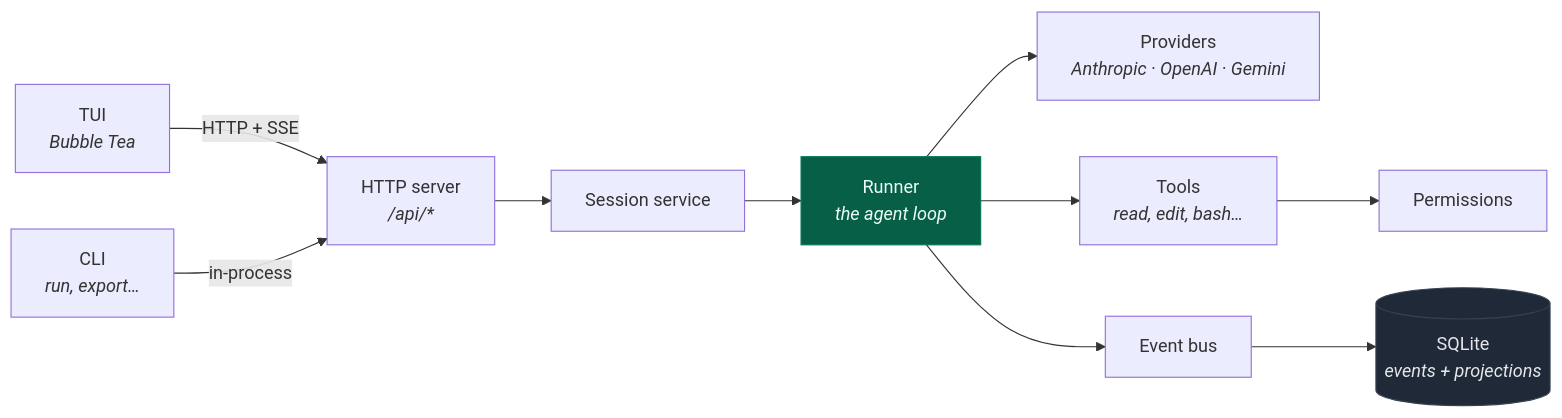
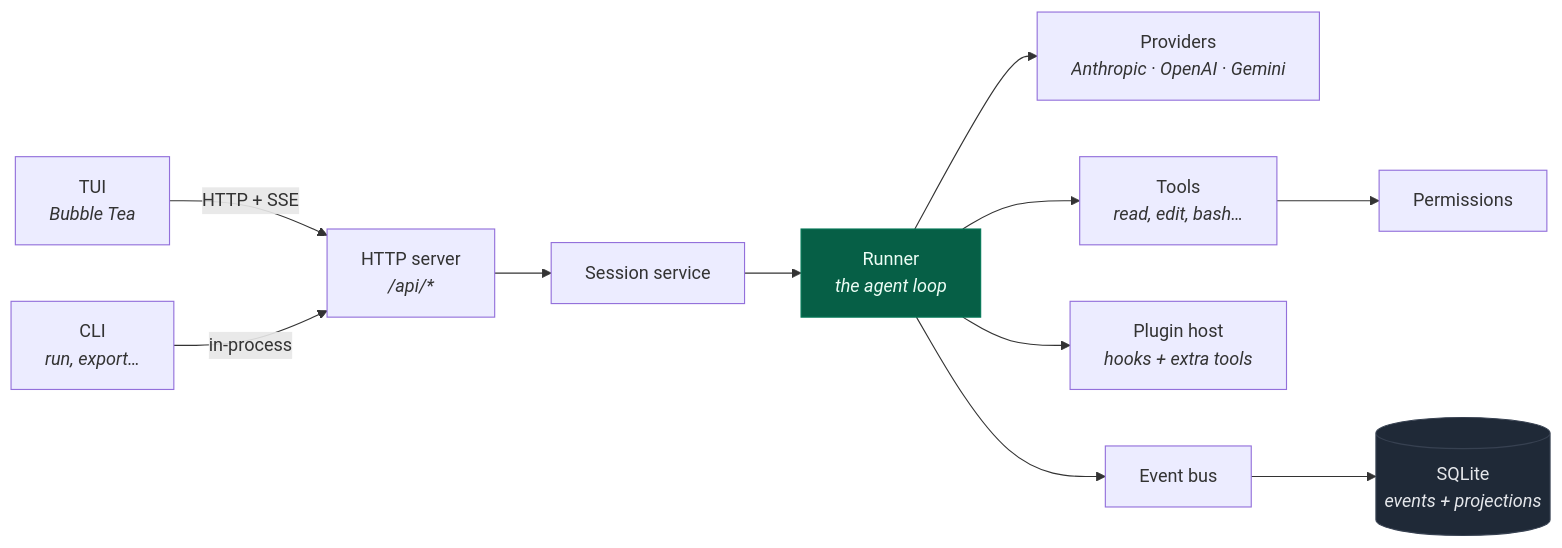
Before and after one commit to langazov/gocode: the diagram in README.md, drawn with Mermaid. The commit also changed other lines of this file and 6 other files, not shown here.

Commit message:
feat(plugins): enhance documentation and architecture for plugin support

````diff
--- a/README.md
+++ b/README.md
@@ -210,15 +211,16 @@
 ```mermaid
 flowchart LR
   TUI["TUI<br/><i>Bubble Tea</i>"] -->|HTTP + SSE| SRV
   CLI["CLI<br/><i>run, export…</i>"] -->|in-process| SRV
   SRV["HTTP server<br/><i>/api/*</i>"] --> SVC["Session service"]
   SVC --> RUN["Runner<br/><i>the agent loop</i>"]
   RUN --> LLM["Providers<br/><i>Anthropic · OpenAI · Gemini</i>"]
   RUN --> TOOLS["Tools<br/><i>read, edit, bash…</i>"]
   TOOLS --> PERM["Permissions"]
+  RUN --> PLUG["Plugin host<br/><i>hooks + extra tools</i>"]
   RUN --> BUS["Event bus"]
   BUS --> DB[("SQLite<br/><i>events + projections</i>")]
 
   style DB fill:#1f2937,stroke:#374151,color:#e5e7eb
   style RUN fill:#065f46,stroke:#047857,color:#ecfdf5
 ```
````
